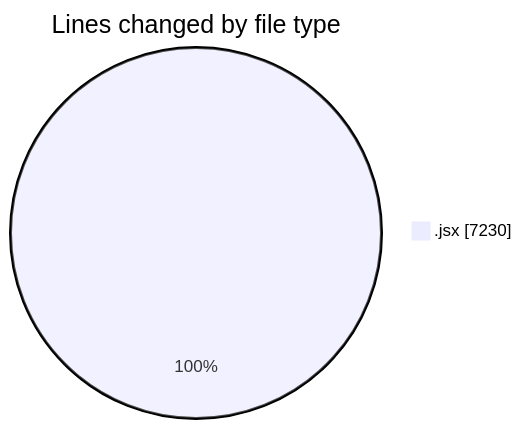
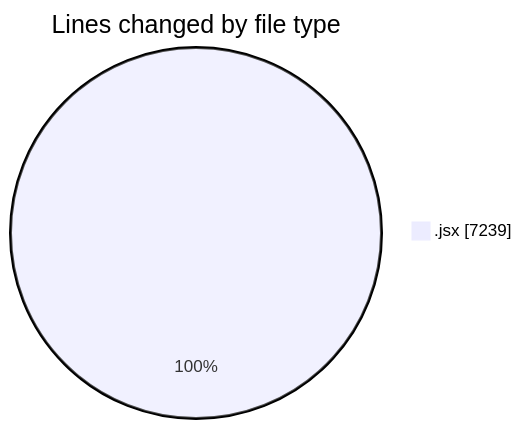
One commit to nxtqubesakshisongat/code-tracking changed the first of 2 diagrams in 2025-05-14/argos-dev/README.md. Above: the diagram before and after it, drawn with Mermaid. The commit also changed other lines of this file and 1 other file, not shown here.

````diff
--- a/2025-05-14/argos-dev/README.md
+++ b/2025-05-14/argos-dev/README.md
@@ -28,5 +28,5 @@
 ```mermaid
 pie showData
 title Lines changed by file type
-".jsx" : 7230
+".jsx" : 7239
 ```
````
